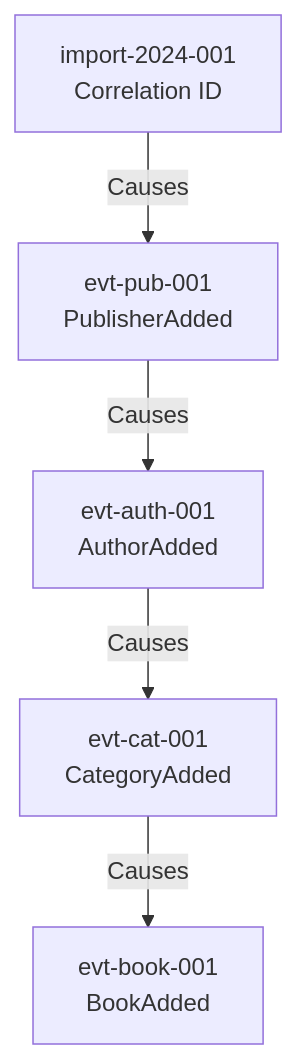
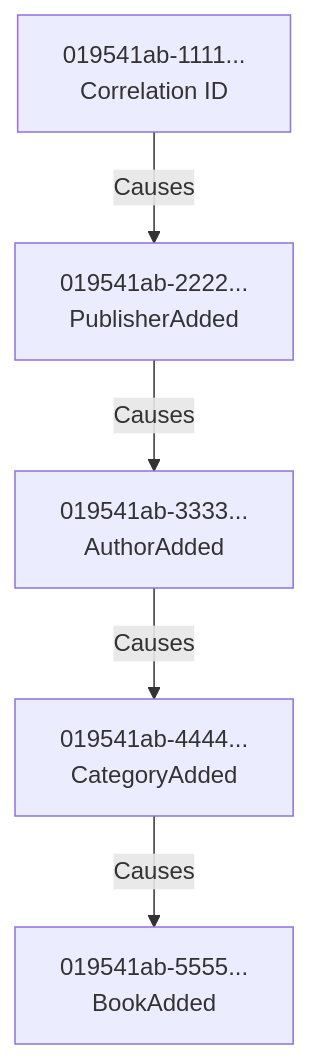
The second of 2 diagrams in docs/guides/correlation-causation-guide.md (aalmada/BookStore), drawn with Mermaid before and after one commit. The commit also changed other lines of this file, not shown here.

Commit message:
docs: audit and update correlation-causation-guide.md

````diff
--- a/docs/guides/correlation-causation-guide.md
+++ b/docs/guides/correlation-causation-guide.md
@@ -182,13 +180,13 @@
 ```mermaid
 graph TD
-    Corr[import-2024-001<br/>Correlation ID]
-    Pub[evt-pub-001<br/>PublisherAdded]
-    Auth[evt-auth-001<br/>AuthorAdded]
-    Cat[evt-cat-001<br/>CategoryAdded]
-    Book[evt-book-001<br/>BookAdded]
+    Corr[019541ab-1111...<br/>Correlation ID]
+    Pub[019541ab-2222...<br/>PublisherAdded]
+    Auth[019541ab-3333...<br/>AuthorAdded]
+    Cat[019541ab-4444...<br/>CategoryAdded]
+    Book[019541ab-5555...<br/>BookAdded]
     
     Corr -->|Causes| Pub
     Pub -->|Causes| Auth
     Auth -->|Causes| Cat
     Cat -->|Causes| Book
 ```
````
